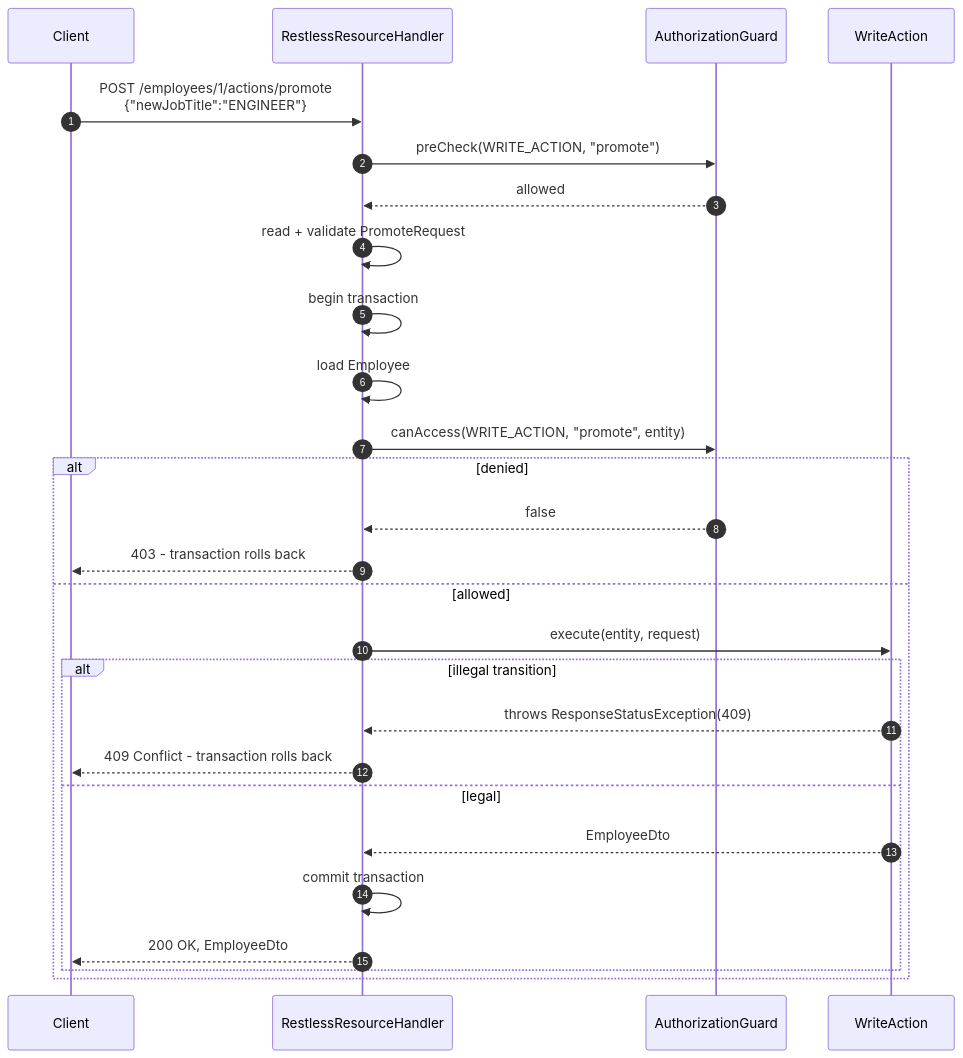
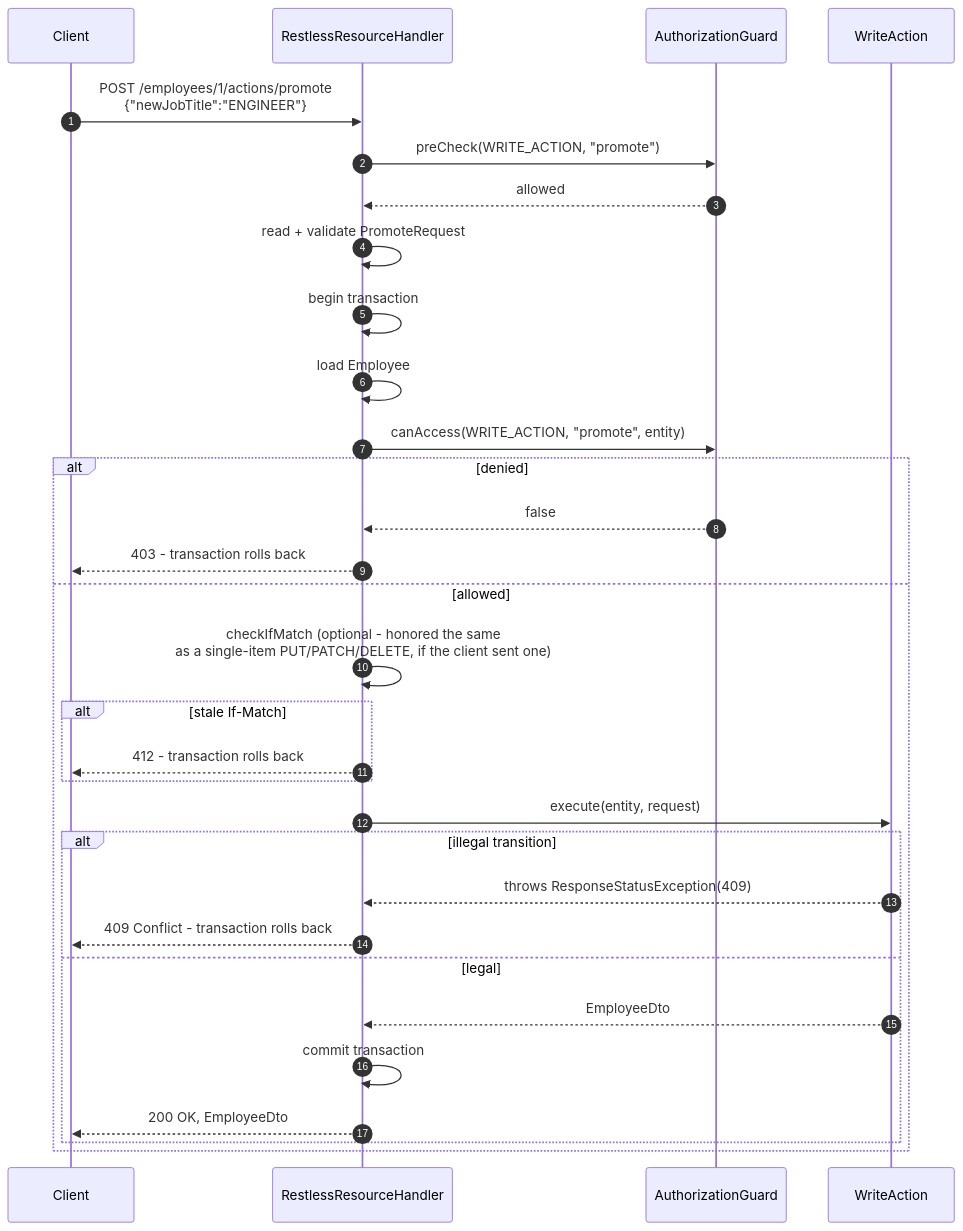
The ninth of 9 diagrams in docs/DEEP_DIVE.md (cristivoicu/springboot_restless), drawn with Mermaid before and after one commit. The commit also changed other lines of this file and 14 other files, not shown here.

````diff
--- a/docs/DEEP_DIVE.md
+++ b/docs/DEEP_DIVE.md
@@ -965,30 +1085,34 @@
 ```mermaid
 sequenceDiagram
     autonumber
     participant C as Client
     participant H as RestlessResourceHandler
     participant G as AuthorizationGuard
     participant A as WriteAction
 
     C->>H: POST /employees/1/actions/promote<br/>{"newJobTitle":"ENGINEER"}
     H->>G: preCheck(WRITE_ACTION, "promote")
     G-->>H: allowed
     H->>H: read + validate PromoteRequest
     H->>H: begin transaction
     H->>H: load Employee #1
     H->>G: canAccess(WRITE_ACTION, "promote", entity)
     alt denied
         G-->>H: false
         H-->>C: 403 - transaction rolls back
     else allowed
+        H->>H: checkIfMatch (optional - honored the same<br/>as a single-item PUT/PATCH/DELETE, if the client sent one)
+        alt stale If-Match
+            H-->>C: 412 - transaction rolls back
+        end
         H->>A: execute(entity, request)
         alt illegal transition
             A-->>H: throws ResponseStatusException(409)
             H-->>C: 409 Conflict - transaction rolls back
         else legal
             A-->>H: EmployeeDto
             H->>H: commit transaction
             H-->>C: 200 OK, EmployeeDto
         end
     end
 ```
````
